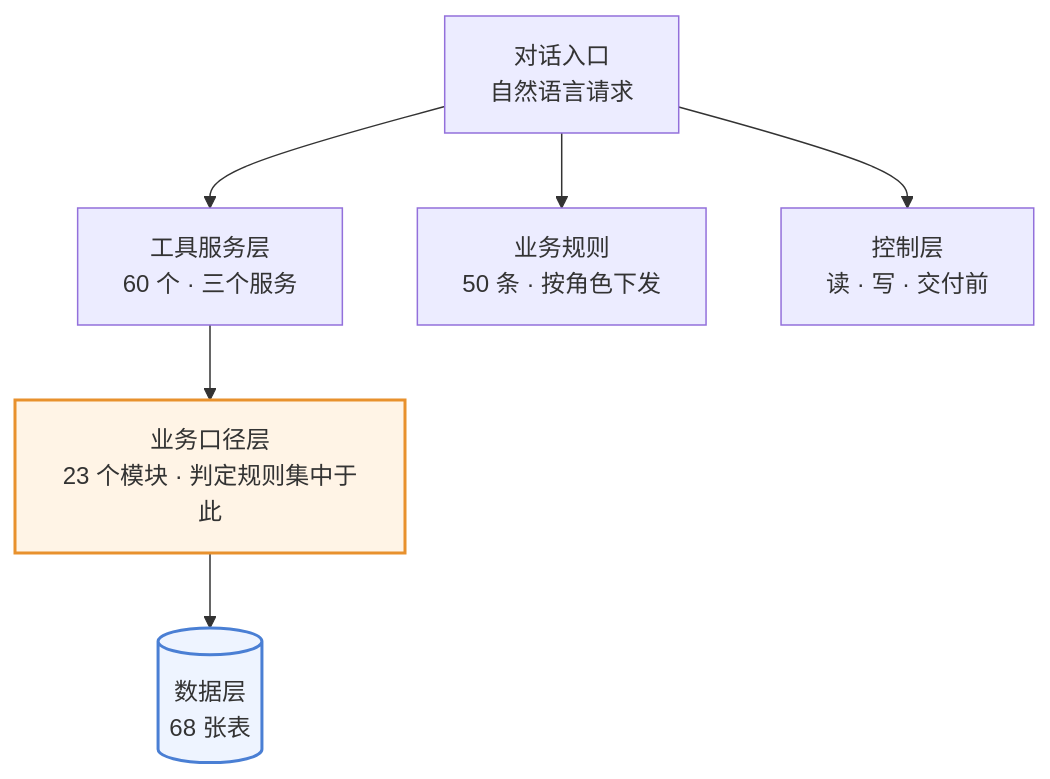
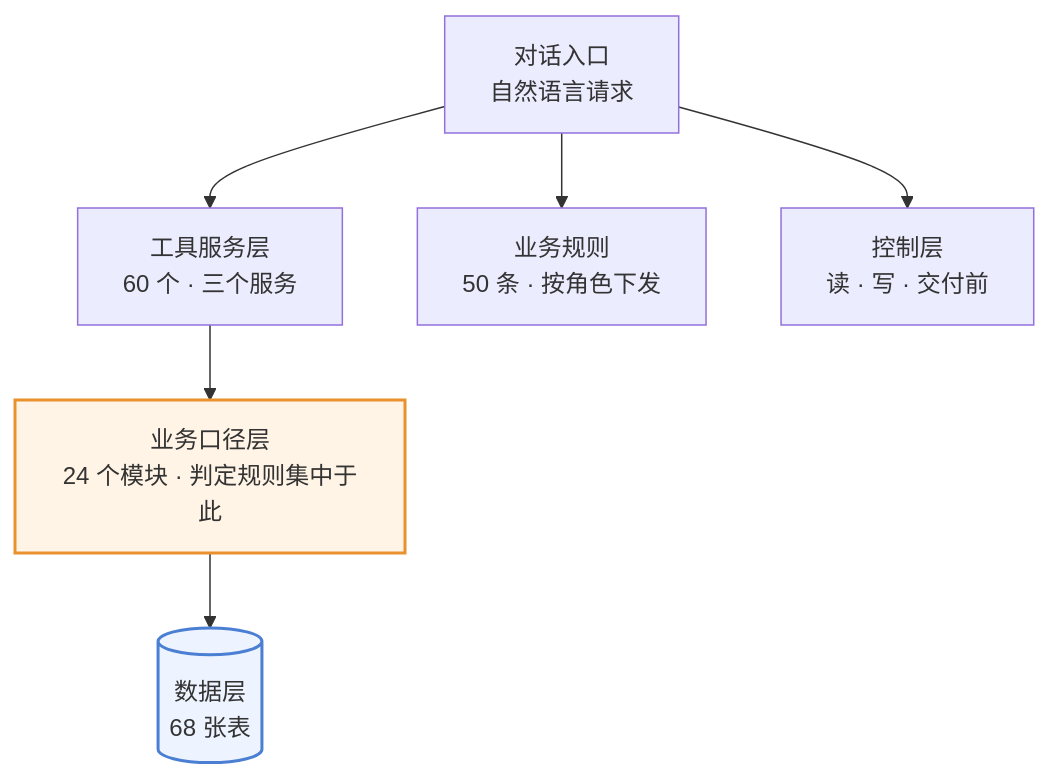
Before and after one commit to 843773296-rgb/lanxiu-yunshang-agent: the first of 4 diagrams in 澜绣云裳agent-产品需求文档.md, drawn with Mermaid. The commit also changed other lines of this file and 11 other files, not shown here.

````diff
--- a/澜绣云裳agent-产品需求文档.md
+++ b/澜绣云裳agent-产品需求文档.md
@@ -132,12 +132,12 @@
 ```mermaid
 flowchart TD
     M["对话入口<br/>自然语言请求"]
     M --> T["工具服务层<br/>60 个 · 三个服务"]
     M --> R["业务规则<br/>50 条 · 按角色下发"]
     M --> G["控制层<br/>读 · 写 · 交付前"]
-    T --> K["业务口径层<br/>23 个模块 · 判定规则集中于此"]
+    T --> K["业务口径层<br/>24 个模块 · 判定规则集中于此"]
     K --> DB[("数据层<br/>68 张表")]
 
     style K fill:#fff4e6,stroke:#e8912d,stroke-width:2px
     style DB fill:#eef4ff,stroke:#4a7fd4,stroke-width:2px
 ```
````
